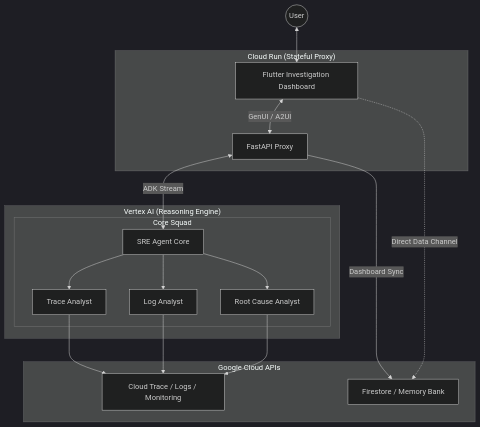
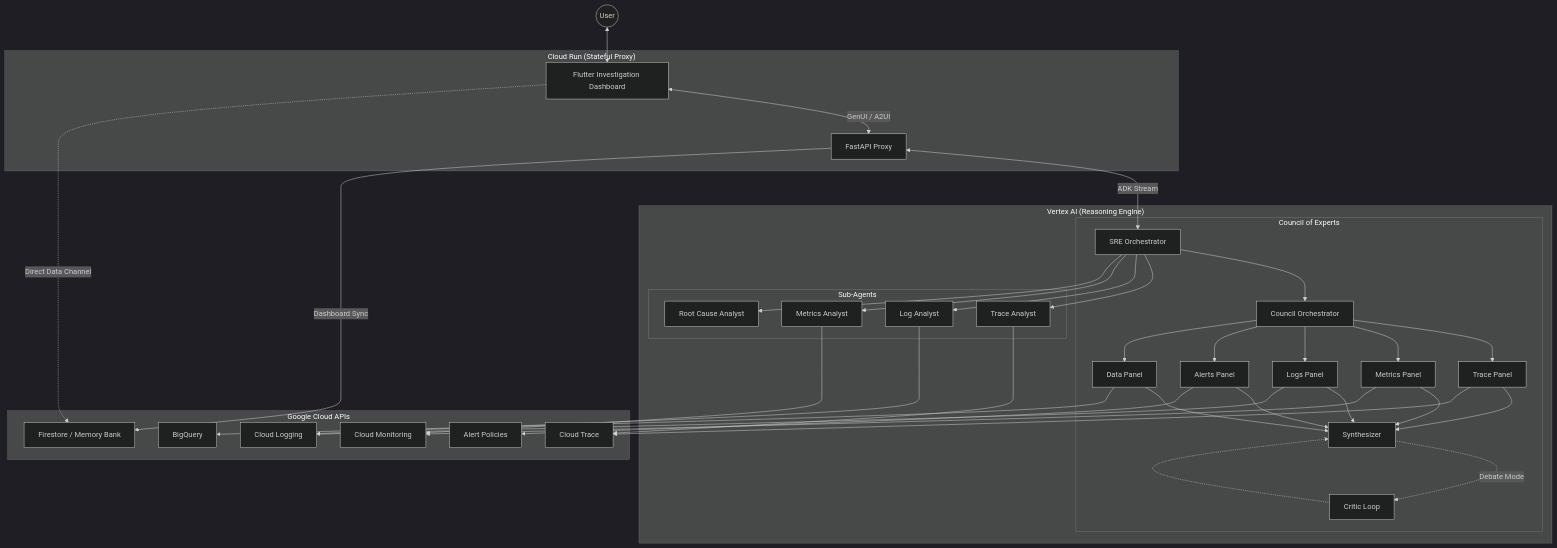
Before and after one commit to srtux/sre-agent: the diagram in README.md, drawn with Mermaid (dark theme). The commit also changed other lines of this file and 5 other files, not shown here.

First line of the commit message:
docs: fix 12 discrepancies and add Phase 5-6 roadmap across all docs

````diff
--- a/README.md
+++ b/README.md
@@ -45,24 +45,42 @@
 ```mermaid
 graph TD
     User((User)) <--> UI[Flutter Investigation Dashboard]
 
     subgraph "Cloud Run (Stateful Proxy)"
         UI <-->|GenUI / A2UI| Backend[FastAPI Proxy]
     end
 
     subgraph "Vertex AI (Reasoning Engine)"
-        Backend <-->|ADK Stream| Agent[SRE Agent Core]
-        subgraph "Core Squad"
+        Backend <-->|ADK Stream| Agent[SRE Orchestrator]
+
+        subgraph "Council of Experts"
+            Agent --> Orchestrator[Council Orchestrator]
+            Orchestrator --> TracePanel[Trace Panel]
+            Orchestrator --> MetricsPanel[Metrics Panel]
+            Orchestrator --> LogsPanel[Logs Panel]
+            Orchestrator --> AlertsPanel[Alerts Panel]
+            Orchestrator --> DataPanel[Data Panel]
+            TracePanel & MetricsPanel & LogsPanel & AlertsPanel & DataPanel --> Synthesizer[Synthesizer]
+            Synthesizer -.->|Debate Mode| Critic[Critic Loop]
+            Critic -.-> Synthesizer
+        end
+
+        subgraph "Sub-Agents"
             Agent --> Trace[Trace Analyst]
             Agent --> Log[Log Analyst]
+            Agent --> Metrics[Metrics Analyst]
             Agent --> RCA[Root Cause Analyst]
         end
     end
 
     subgraph "Google Cloud APIs"
-        Trace & Log & RCA --> Ops[Cloud Trace / Logs / Monitoring]
+        TracePanel & Trace --> TraceAPI[Cloud Trace]
+        LogsPanel & Log --> LogAPI[Cloud Logging]
+        MetricsPanel & Metrics --> MonAPI[Cloud Monitoring]
+        AlertsPanel --> AlertAPI[Alert Policies]
+        DataPanel --> BQAPI[BigQuery]
         Backend -->|Dashboard Sync| DashDB[Firestore / Memory Bank]
     end
 
     UI -.->|Direct Data Channel| DashDB
 ```
````
